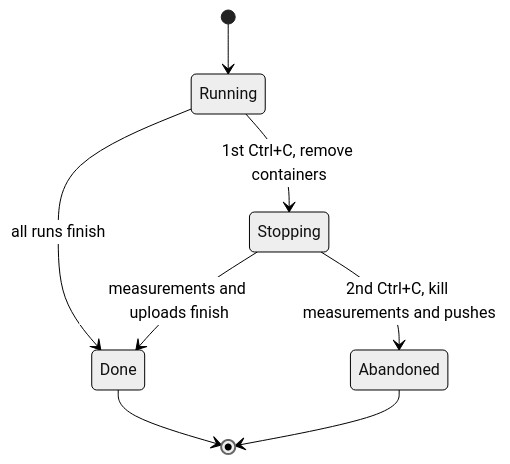
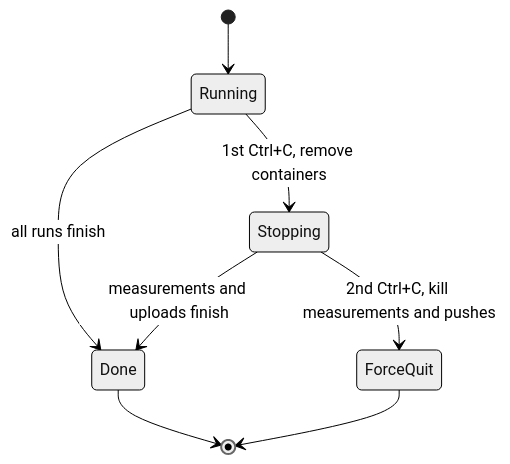
One commit to dwjohnston/thunderjar changed the third of 3 diagrams in project-md/human-safe-space/refactor-work/architecture-plan.md. Above: the diagram before and after it, drawn with Mermaid (neutral theme). The commit also changed other lines of this file, not shown here.

First line of the commit message:
Refactor architecture plan for signal handling

````diff
--- a/project-md/human-safe-space/refactor-work/architecture-plan.md
+++ b/project-md/human-safe-space/refactor-work/architecture-plan.md
@@ -282,10 +282,10 @@
 ```mermaid
 stateDiagram-v2
   [*] --> Running
   Running --> Stopping: 1st Ctrl+C, remove containers
   Running --> Done: all runs finish
   Stopping --> Done: measurements and uploads finish
-  Stopping --> Abandoned: 2nd Ctrl+C, kill measurements and pushes
+  Stopping --> ForceQuit: 2nd Ctrl+C, kill measurements and pushes
   Done --> [*]
-  Abandoned --> [*]
+  ForceQuit --> [*]
 ```
````
